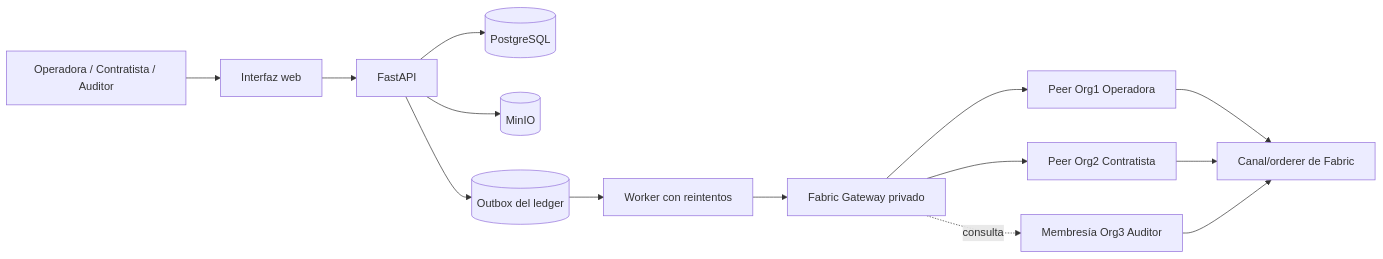
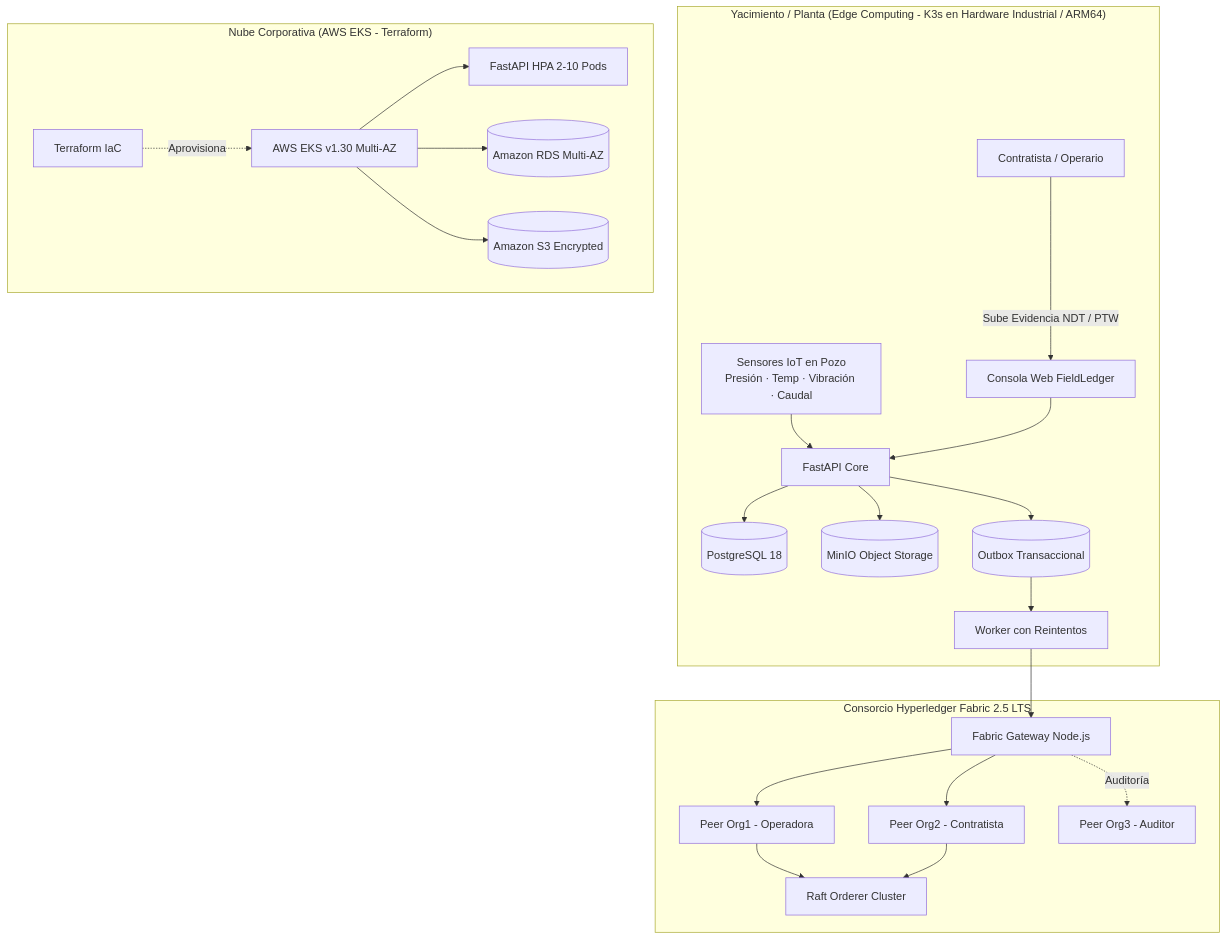
The diagram in README.md (Garbox0/FIELDLEDGER), drawn with Mermaid before and after one commit. The commit also changed other lines of this file and 1 other file, not shown here.

````diff
--- a/README.md
+++ b/README.md
@@ -31,14 +39,27 @@
 ```mermaid
-flowchart LR
-    Usuarios[Operadora / Contratista / Auditor] --> UI[Interfaz web]
-    UI --> API[FastAPI]
-    API --> DB[(PostgreSQL)]
-    API --> Archivos[(MinIO)]
-    API --> Outbox[(Outbox del ledger)]
-    Outbox --> Worker[Worker con reintentos]
-    Worker --> Gateway[Fabric Gateway privado]
-    Gateway --> O[Peer Org1 Operadora]
-    Gateway --> C[Peer Org2 Contratista]
-    Gateway -. consulta .-> A[Membresía Org3 Auditor]
-    O & C & A --> Orderer[Canal/orderer de Fabric]
+flowchart TB
+    subgraph Edge ["Yacimiento / Planta (Edge Computing - K3s en Hardware Industrial / ARM64)"]
+        Sensors[Sensores IoT en Pozo<br/>Presión · Temp · Vibración · Caudal] --> API[FastAPI Core]
+        Contratista[Contratista / Operario] -->|Sube Evidencia NDT / PTW| UI[Consola Web FieldLedger]
+        UI --> API
+        API --> Postgres[(PostgreSQL 18)]
+        API --> MinIO[(MinIO Object Storage)]
+        API --> Outbox[(Outbox Transaccional)]
+        Outbox --> Worker[Worker con Reintentos]
+    end
+
+    subgraph FabricConsortium ["Consorcio Hyperledger Fabric 2.5 LTS"]
+        Worker --> Gateway[Fabric Gateway Node.js]
+        Gateway --> PeerOrg1[Peer Org1 - Operadora]
+        Gateway --> PeerOrg2[Peer Org2 - Contratista]
+        Gateway -. Auditoría .-> PeerOrg3[Peer Org3 - Auditor]
+        PeerOrg1 & PeerOrg2 --> Orderer[Raft Orderer Cluster]
+    end
+
+    subgraph CloudScale ["Nube Corporativa (AWS EKS - Terraform)"]
+        Terraform[Terraform IaC] -. Aprovisiona .-> EKS[AWS EKS v1.30 Multi-AZ]
+        EKS --> CloudAPI[FastAPI HPA 2-10 Pods]
+        EKS --> RDS[(Amazon RDS Multi-AZ)]
+        EKS --> S3Bucket[(Amazon S3 Encrypted)]
+    end
 ```
````
